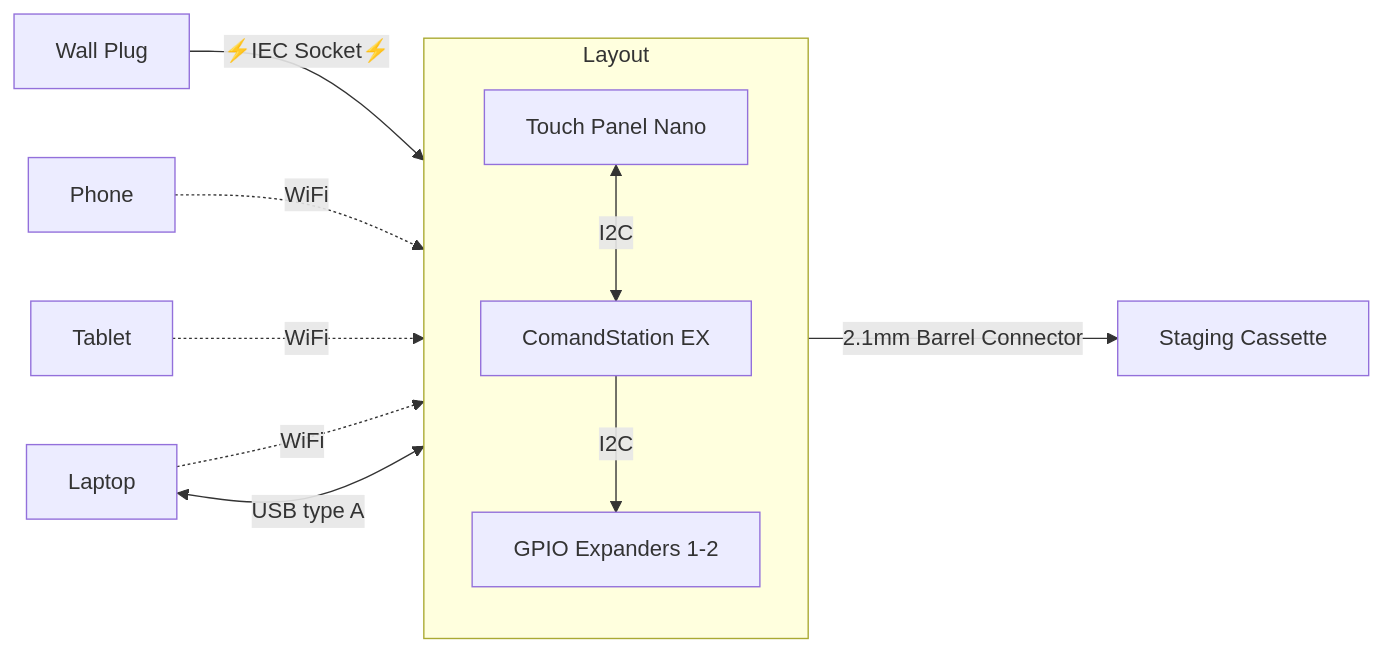
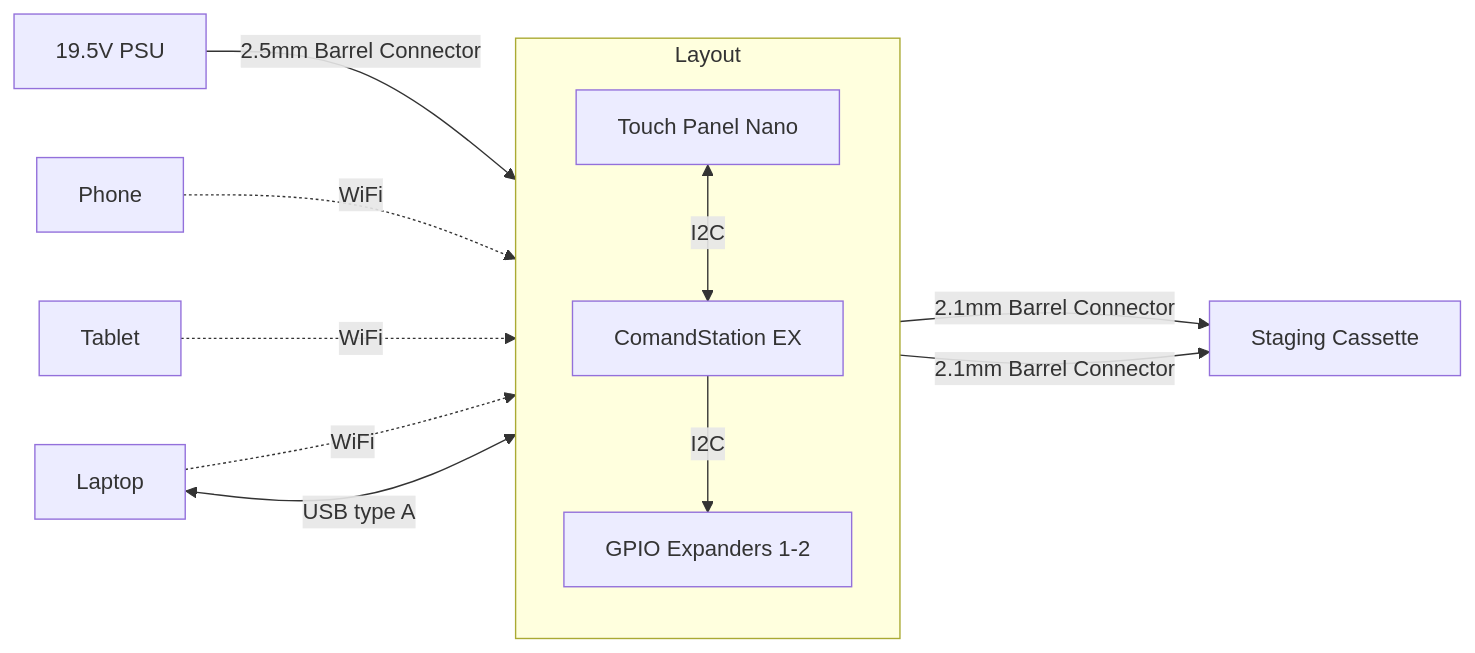
The second of 4 diagrams in diagrams.md (kmltechio/lumber_district), drawn with Mermaid before and after one commit. The commit also changed other lines of this file, not shown here.

````diff
--- a/diagrams.md
+++ b/diagrams.md
@@ -38,15 +33,16 @@
 ```mermaid
 flowchart LR
   subgraph Layout
     CmdStn[ComandStation EX]
     Touch[Touch Panel Nano]
     Gpio["GPIO Expanders 1-2"]
     Touch <-->|I2C| CmdStn
     CmdStn -->|I2C| Gpio
     end
-  Wall[Wall Plug]
-  Wall -->|"⚡IEC Socket⚡️"| Layout
+  PSU[19.5V PSU]
+  PSU -->|"2.5mm Barrel Connector"| Layout
   Phone & Tablet & Laptop -.->|WiFi| Layout
   Laptop <-->|USB type A| Layout
   Layout -->|2.1mm Barrel Connector| Cassette[Staging Cassette]
+  Layout -->|2.1mm Barrel Connector| Cassette[Staging Cassette]
 ```
````
